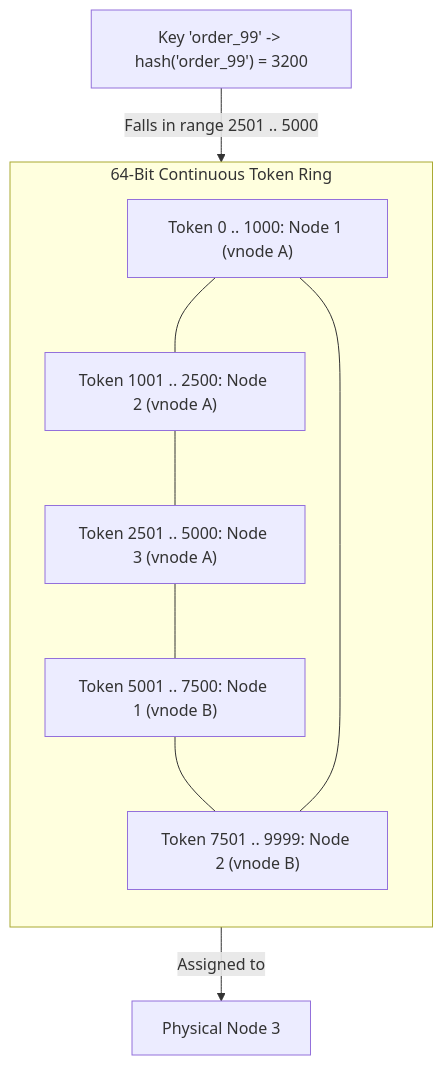
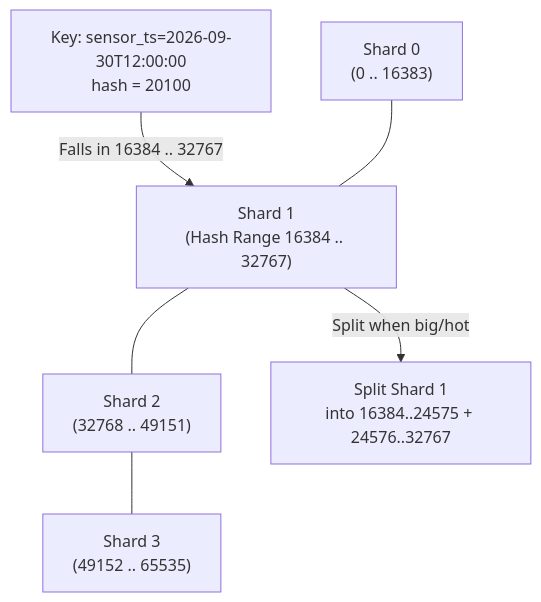
The fifth of 10 diagrams in 01 Designing Data-Intensive Applications/chapter-07-sharding.md (1mimhe/books-summery), drawn with Mermaid before and after one commit. The commit also changed other lines of this file and 1 other file, not shown here.

Commit message:
docs(book01): forensic rewrite ch06-07 (16 replication figs, hot-spots, global indexes)

````diff
--- a/01 Designing Data-Intensive Applications/chapter-07-sharding.md
+++ b/01 Designing Data-Intensive Applications/chapter-07-sharding.md
@@ -347,15 +301,9 @@
 ```mermaid
 flowchart TD
-  subgraph RING["64-Bit Continuous Token Ring"]
-    direction TB
-    T0["Token 0 .. 1000: Node 1 (vnode A)"]
-    T1["Token 1001 .. 2500: Node 2 (vnode A)"]
-    T2["Token 2501 .. 5000: Node 3 (vnode A)"]
-    T3["Token 5001 .. 7500: Node 1 (vnode B)"]
-    T4["Token 7501 .. 9999: Node 2 (vnode B)"]
-    T0 --- T1 --- T2 --- T3 --- T4 --- T0
-  end
-
-  KEY["Key 'order_99' -> hash('order_99') = 3200"] -->|"Falls in range 2501 .. 5000"| T2
-  T2 -->|"Assigned to"| N3_OWNER["Physical Node 3"]
+  KEY["Key: sensor_ts=2026-09-30T12:00:00<br/>hash = 20100"]
+  KEY -->|"Falls in 16384 .. 32767"| S1["Shard 1<br/>(Hash Range 16384 .. 32767)"]
+  S0["Shard 0<br/>(0 .. 16383)"] --- S1
+  S1 --- S2["Shard 2<br/>(32768 .. 49151)"]
+  S2 --- S3["Shard 3<br/>(49152 .. 65535)"]
+  S1 -->|"Split when big/hot"| SPLIT["Split Shard 1<br/>into 16384..24575 + 24576..32767"]
 ```
````
